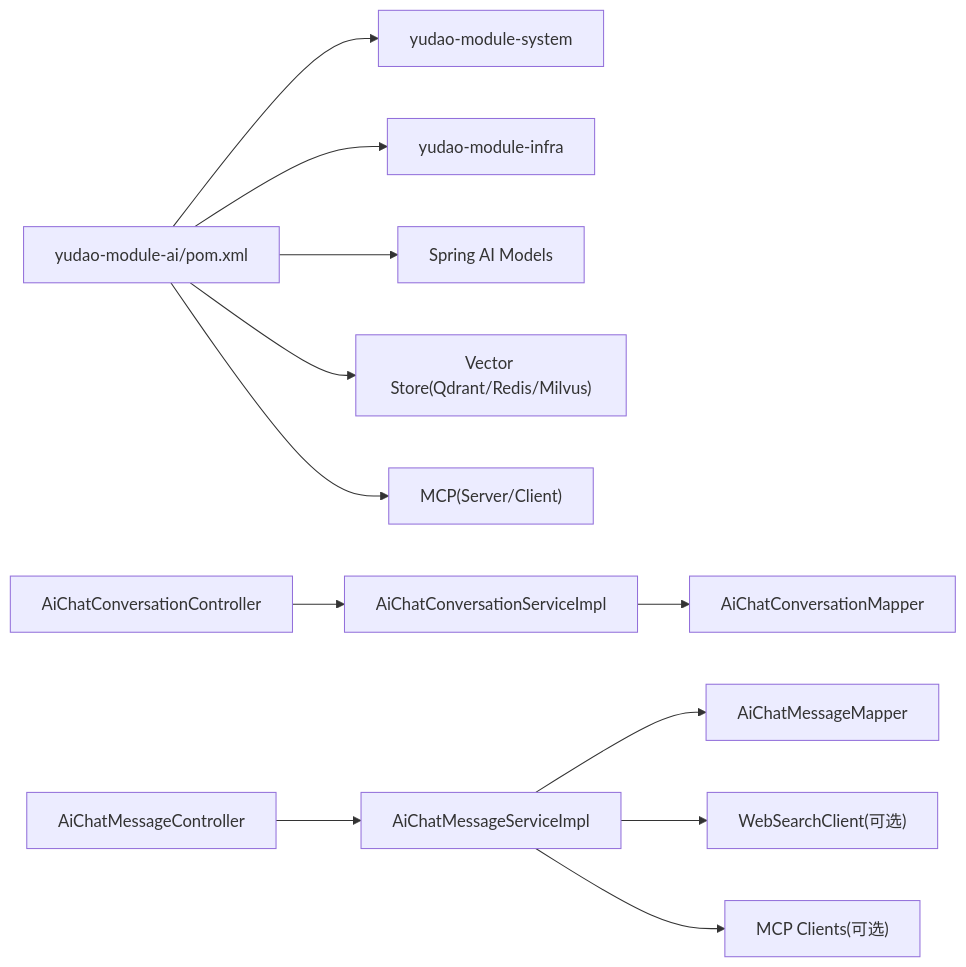
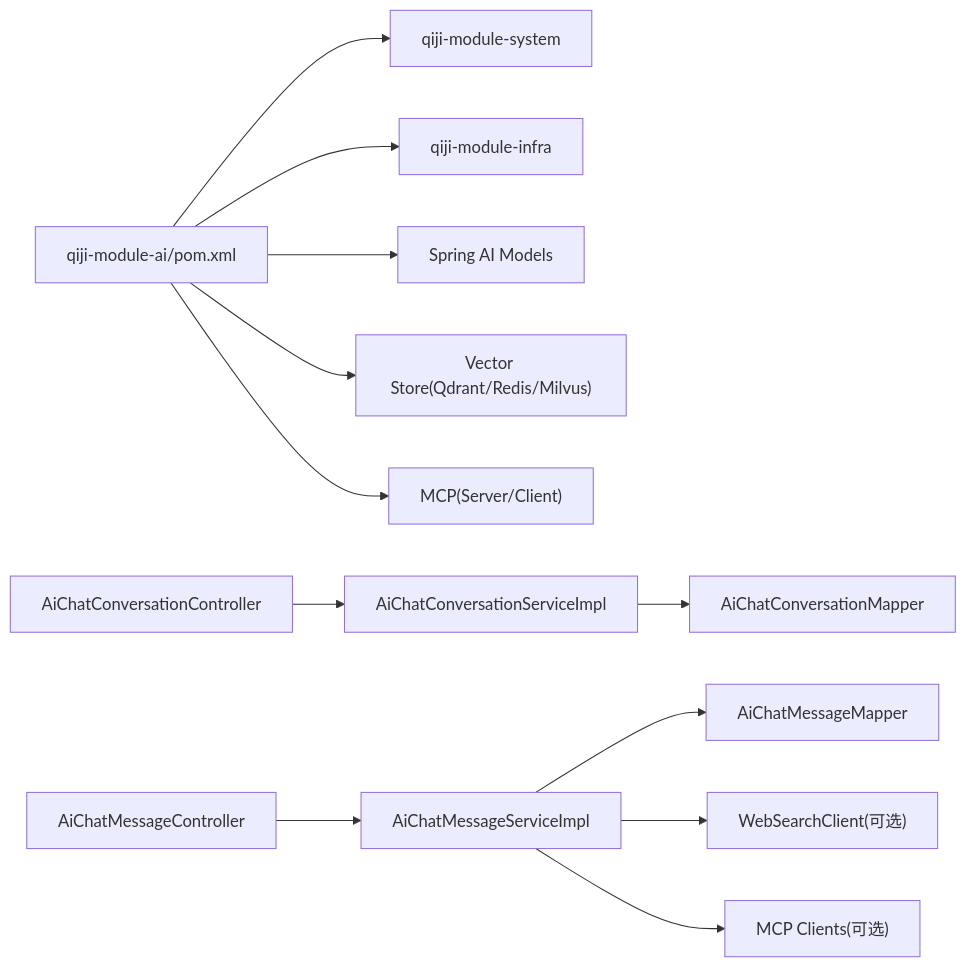
Before and after one commit to zhuangpengLI/AgenticCPS: the fifth of 5 diagrams in backend/.qoder/repowiki/zh/content/核心业务模块/AI大模型模块/AI聊天服务.md, drawn with Mermaid. The commit also changed other lines of this file and 3489 other files, not shown here.

````diff
--- a/backend/.qoder/repowiki/zh/content/核心业务模块/AI大模型模块/AI聊天服务.md
+++ b/backend/.qoder/repowiki/zh/content/核心业务模块/AI大模型模块/AI聊天服务.md
@@ -228,14 +228,14 @@
 ```mermaid
 graph LR
-POM["yudao-module-ai/pom.xml"] --> SYS["yudao-module-system"]
-POM --> INFRA["yudao-module-infra"]
+POM["qiji-module-ai/pom.xml"] --> SYS["qiji-module-system"]
+POM --> INFRA["qiji-module-infra"]
 POM --> SPRING_AI["Spring AI Models"]
 POM --> VEC["Vector Store(Qdrant/Redis/Milvus)"]
 POM --> MCP["MCP(Server/Client)"]
 CTRL1["AiChatConversationController"] --> SVC1["AiChatConversationServiceImpl"]
 CTRL2["AiChatMessageController"] --> SVC2["AiChatMessageServiceImpl"]
 SVC1 --> MAP1["AiChatConversationMapper"]
 SVC2 --> MAP2["AiChatMessageMapper"]
 SVC2 --> EXT1["WebSearchClient(可选)"]
 SVC2 --> EXT2["MCP Clients(可选)"]
 ```
````
